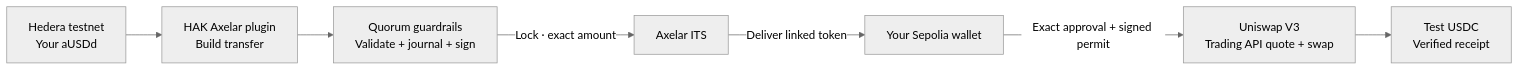
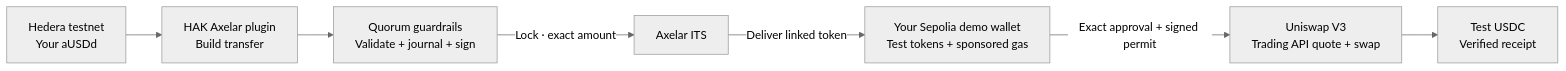
One commit to jmgomezl/aivy-parametric-pool changed the second of 5 diagrams in README.md. Above: the diagram before and after it, drawn with Mermaid (neutral theme). The commit also changed other lines of this file and 19 other files, not shown here.

Commit message:
Add isolated funded demo wallets for frictionless real Sepolia actions

````diff
--- a/README.md
+++ b/README.md
@@ -111,9 +113,9 @@
 ```mermaid
 flowchart LR
   H["Hedera testnet<br/>Your aUSDd"] --> P["HAK Axelar plugin<br/>Build transfer"]
   P --> G["Quorum guardrails<br/>Validate + journal + sign"]
   G -->|"Lock · exact amount"| A["Axelar ITS"]
-  A -->|"Deliver linked token"| E["Your Sepolia wallet"]
+  A -->|"Deliver linked token"| E["Your Sepolia demo wallet<br/>Test tokens + sponsored gas"]
   E -->|"Exact approval + signed permit"| U["Uniswap V3<br/>Trading API quote + swap"]
   U --> R["Test USDC<br/>Verified receipt"]
 ```
````
